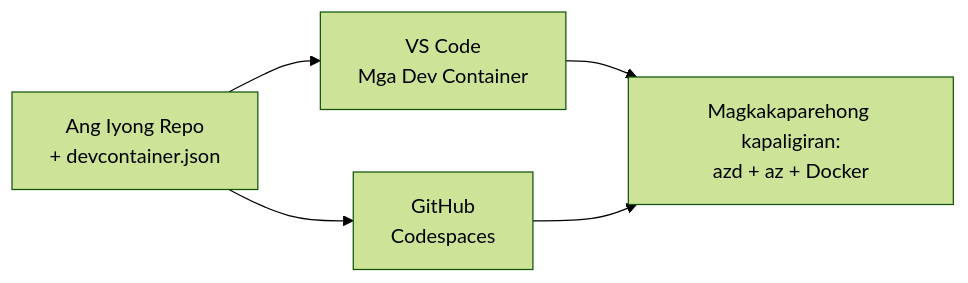
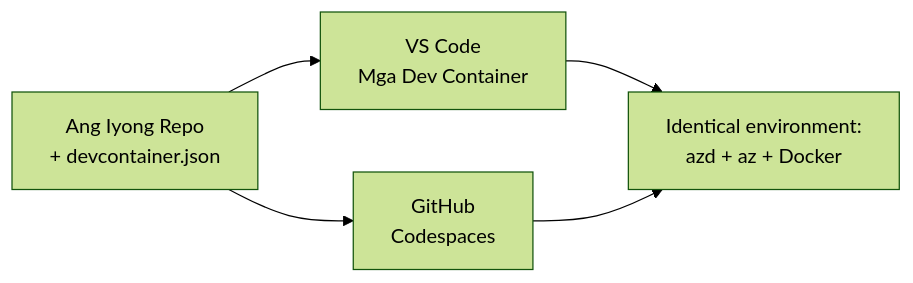
The diagram in translations/tl/docs/chapter-01-foundation/dev-containers.md (microsoft/AZD-for-beginners), drawn with Mermaid (forest theme) before and after one commit. The commit also changed other lines of this file and 58 other files, not shown here.

````diff
--- a/translations/tl/docs/chapter-01-foundation/dev-containers.md
+++ b/translations/tl/docs/chapter-01-foundation/dev-containers.md
@@ -41,7 +41,7 @@
 ```mermaid
 graph LR
     Repo[Ang Iyong Repo<br/>+ devcontainer.json] --> VSCode[VS Code<br/>Mga Dev Container]
     Repo --> Codespaces[GitHub<br/>Codespaces]
-    VSCode --> Env[Magkakaparehong kapaligiran:<br/>azd + az + Docker]
+    VSCode --> Env[Identical environment:<br/>azd + az + Docker]
     Codespaces --> Env
 ```
````
